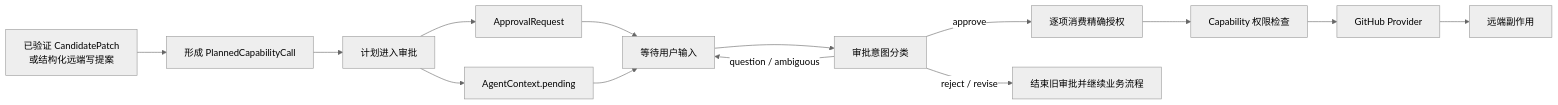
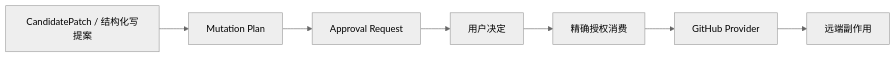
One commit to Arthur999459up/GitAgent changed the first of 8 diagrams in docs/08-approval-and-remote-mutations.md. Above: the diagram before and after it, drawn with Mermaid (neutral theme). The commit also changed other lines of this file and 15 other files, not shown here.

````diff
--- a/docs/08-approval-and-remote-mutations.md
+++ b/docs/08-approval-and-remote-mutations.md
@@ -19,16 +13,9 @@
 ```mermaid
 flowchart LR
-    A[已验证 CandidatePatch\n或结构化远端写提案] --> B[形成 PlannedCapabilityCall]
-    B --> C[计划进入审批]
-    C --> D[ApprovalRequest]
-    C --> E[AgentContext.pending]
-    D --> F[等待用户输入]
-    E --> F
-    F --> G[审批意图分类]
-    G -->|approve| H[逐项消费精确授权]
-    G -->|reject / revise| I[结束旧审批并继续业务流程]
-    G -->|question / ambiguous| F
-    H --> J[Capability 权限检查]
-    J --> K[GitHub Provider]
-    K --> L[远端副作用]
+    C[CandidatePatch / 结构化写提案] --> P[Mutation Plan]
+    P --> A[Approval Request]
+    A --> U[用户决定]
+    U --> X[精确授权消费]
+    X --> G[GitHub Provider]
+    G --> R[远端副作用]
 ```
````
